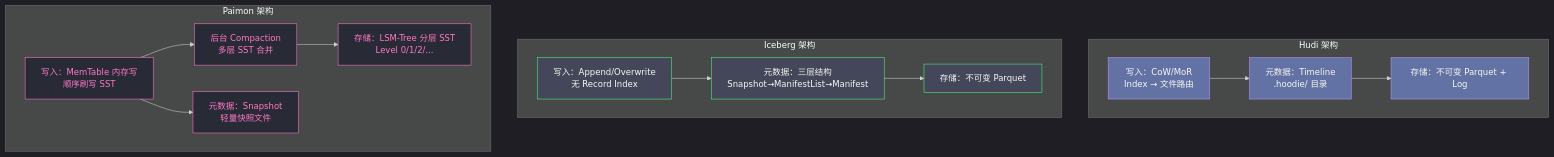
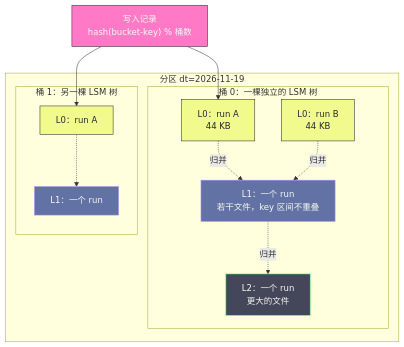
One commit to hpliStartAgain/my-brain changed the second of 5 diagrams in content/大数据/数据湖/paimon/01 为什么需要 Paimon——Flink 实时写湖的延迟困境与 LSM 解法.md. Above: the diagram before and after it, drawn with Mermaid. The commit also changed other lines of this file and 259 other files, not shown here.

````diff
--- a/content/大数据/数据湖/paimon/01 为什么需要 Paimon——Flink 实时写湖的延迟困境与 LSM 解法.md
+++ b/content/大数据/数据湖/paimon/01 为什么需要 Paimon——Flink 实时写湖的延迟困境与 LSM 解法.md
@@ -258,33 +174,30 @@
 ```mermaid
-%%{init: {"theme": "dark", "themeVariables": {"primaryColor": "#6272a4", "edgeLabelBackground": "#44475a"}}}%%
-graph TD
-    subgraph "Hudi 架构"
-        HW["写入：CoW/MoR</br>Index → 文件路由"]
-        HM["元数据：Timeline</br>.hoodie/ 目录"]
-        HS["存储：不可变 Parquet + Log"]
-        HW --> HM --> HS
+%%{init: {'theme': 'dracula'}}%%
+flowchart TB
+    subgraph P["分区 dt=2026-11-19"]
+        subgraph B0["桶 0：一棵独立的 LSM 树"]
+            L0a["L0：run A<br/>44 KB"]
+            L0b["L0：run B<br/>44 KB"]
+            L1a["L1：一个 run<br/>若干文件，key 区间不重叠"]
+            L2a["L2：一个 run<br/>更大的文件"]
+            L0a -.->|"归并"| L1a
+            L0b -.->|"归并"| L1a
+            L1a -.->|"归并"| L2a
+        end
+        subgraph B1["桶 1：另一棵 LSM 树"]
+            L0c["L0：run A"]
+            L1b["L1：一个 run"]
+            L0c -.-> L1b
+        end
     end
-
-    subgraph "Iceberg 架构"
-        IW["写入：Append/Overwrite</br>无 Record Index"]
-        IM["元数据：三层结构</br>Snapshot→ManifestList→Manifest"]
-        IS["存储：不可变 Parquet"]
-        IW --> IM --> IS
-    end
-
-    subgraph "Paimon 架构"
-        PW["写入：MemTable 内存写</br>顺序刷写 SST"]
-        PC["后台 Compaction</br>多层 SST 合并"]
-        PM["元数据：Snapshot</br>轻量快照文件"]
-        PS["存储：LSM-Tree 分层 SST</br>Level 0/1/2/..."]
-        PW --> PC --> PS
-        PW --> PM
-    end
-
-    classDef hudi fill:#6272a4,stroke:#bd93f9,color:#f8f8f2
-    classDef iceberg fill:#44475a,stroke:#50fa7b,color:#f8f8f2
-    classDef paimon fill:#282a36,stroke:#ff79c6,color:#ff79c6
-    class HW,HM,HS hudi
-    class IW,IM,IS iceberg
-    class PW,PC,PM,PS paimon
+    W["写入记录<br/>hash(bucket-key) % 桶数"] --> L0a
+    W --> L0c
+    classDef buf fill:#f1fa8c,stroke:#282a36,color:#282a36
+    classDef mid fill:#6272a4,stroke:#bd93f9,color:#f8f8f2
+    classDef deep fill:#44475a,stroke:#50fa7b,color:#f8f8f2
+    classDef in fill:#ff79c6,stroke:#282a36,color:#f8f8f2
+    class L0a,L0b,L0c buf
+    class L1a,L1b mid
+    class L2a deep
+    class W in
 ```
````
